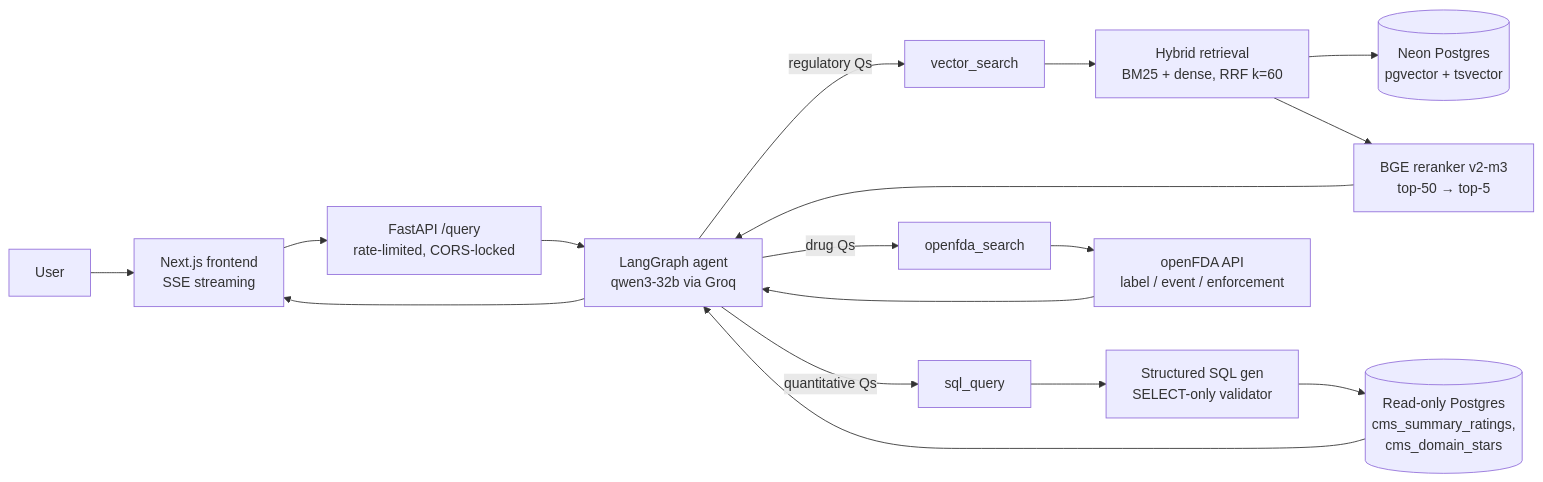
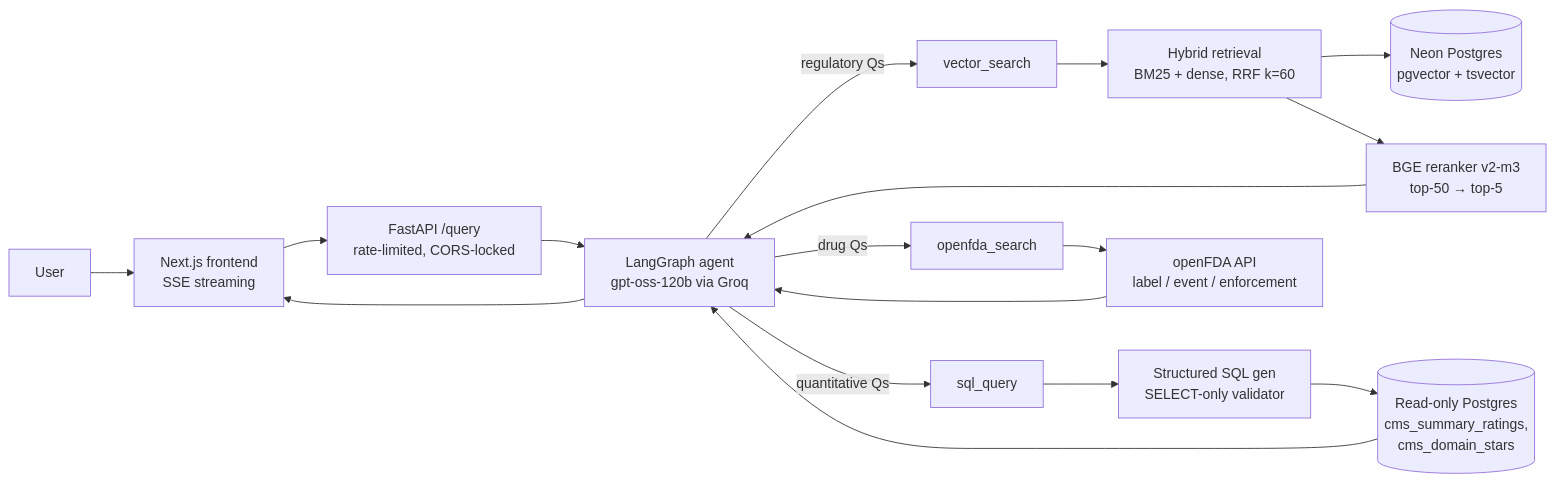
Before and after one commit to alexdomnikov/healthcare-rag-agent: the diagram in README.md, drawn with Mermaid. The commit also changed other lines of this file and 12 other files, not shown here.

````diff
--- a/README.md
+++ b/README.md
@@ -21,24 +21,24 @@
 ```mermaid
 flowchart LR
     U[User] --> FE[Next.js frontend<br/>SSE streaming]
     FE --> API[FastAPI /query<br/>rate-limited, CORS-locked]
-    API --> AG[LangGraph agent<br/>qwen3-32b via Groq]
+    API --> AG[LangGraph agent<br/>gpt-oss-120b via Groq]
 
     AG -->|regulatory Qs| VS[vector_search]
     AG -->|quantitative Qs| SQ[sql_query]
     AG -->|drug Qs| FDA[openfda_search]
 
     VS --> HY[Hybrid retrieval<br/>BM25 + dense, RRF k=60]
     HY --> PG[(Neon Postgres<br/>pgvector + tsvector)]
     HY --> RR[BGE reranker v2-m3<br/>top-50 → top-5]
     RR --> AG
 
     SQ --> SG[Structured SQL gen<br/>SELECT-only validator]
     SG --> PGR[(Read-only Postgres<br/>cms_summary_ratings,<br/>cms_domain_stars)]
     PGR --> AG
 
     FDA --> FDAAPI[openFDA API<br/>label / event / enforcement]
     FDAAPI --> AG
 
     AG --> FE
 ```
````
